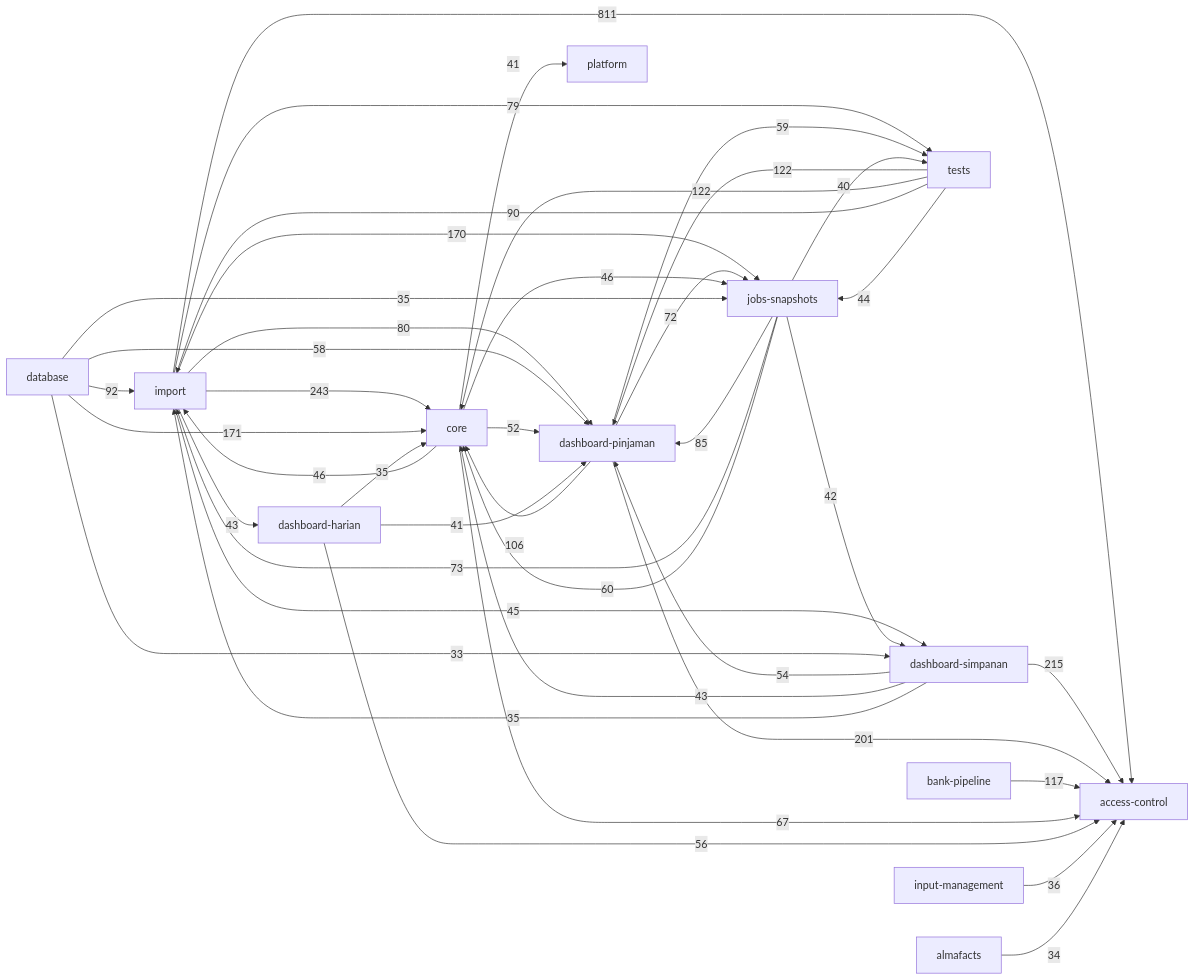
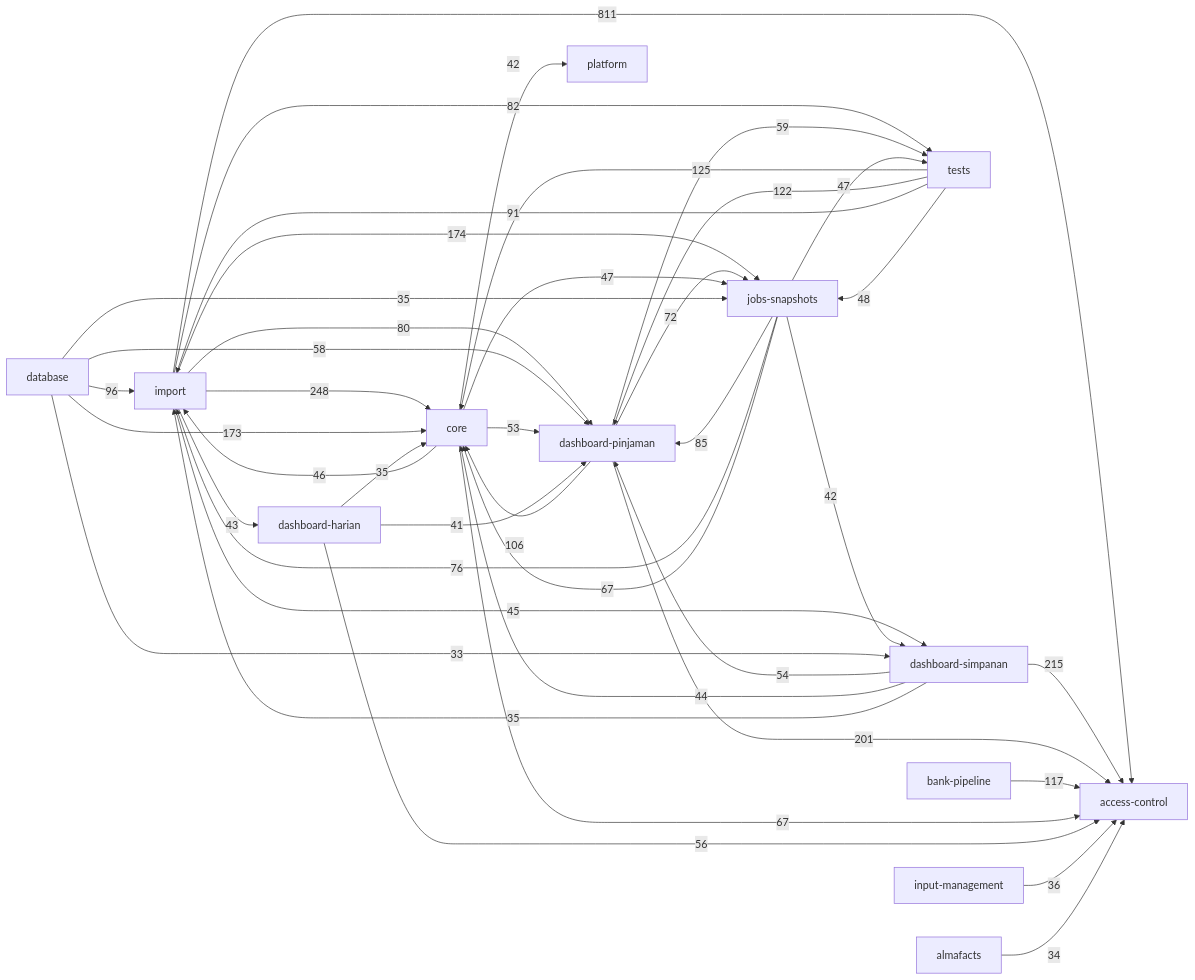
One commit to RizalloN/project-abah changed the diagram in docs/knowledge-graph/ARCHITECTURE.md. Above: the diagram before and after it, drawn with Mermaid. The commit also changed other lines of this file and 53 other files, not shown here.

````diff
--- a/docs/knowledge-graph/ARCHITECTURE.md
+++ b/docs/knowledge-graph/ARCHITECTURE.md
@@ -5,43 +5,43 @@
 ```mermaid
 flowchart LR
     d_d942f64886["import"] -->|811| d_c393a69167["access-control"]
-    d_d942f64886["import"] -->|243| d_0d45f5fd46["core"]
+    d_d942f64886["import"] -->|248| d_0d45f5fd46["core"]
     d_90026ec21f["dashboard-simpanan"] -->|215| d_c393a69167["access-control"]
     d_c1933689a3["dashboard-pinjaman"] -->|201| d_c393a69167["access-control"]
-    d_3549b0028b["database"] -->|171| d_0d45f5fd46["core"]
-    d_d942f64886["import"] -->|170| d_7c16aa6a77["jobs-snapshots"]
+    d_d942f64886["import"] -->|174| d_7c16aa6a77["jobs-snapshots"]
+    d_3549b0028b["database"] -->|173| d_0d45f5fd46["core"]
+    d_59830ebc3a["tests"] -->|125| d_0d45f5fd46["core"]
     d_59830ebc3a["tests"] -->|122| d_c1933689a3["dashboard-pinjaman"]
-    d_59830ebc3a["tests"] -->|122| d_0d45f5fd46["core"]
     d_39bcb775e4["bank-pipeline"] -->|117| d_c393a69167["access-control"]
     d_c1933689a3["dashboard-pinjaman"] -->|106| d_0d45f5fd46["core"]
-    d_3549b0028b["database"] -->|92| d_d942f64886["import"]
-    d_59830ebc3a["tests"] -->|90| d_d942f64886["import"]
+    d_3549b0028b["database"] -->|96| d_d942f64886["import"]
+    d_59830ebc3a["tests"] -->|91| d_d942f64886["import"]
     d_7c16aa6a77["jobs-snapshots"] -->|85| d_c1933689a3["dashboard-pinjaman"]
+    d_d942f64886["import"] -->|82| d_59830ebc3a["tests"]
     d_d942f64886["import"] -->|80| d_c1933689a3["dashboard-pinjaman"]
-    d_d942f64886["import"] -->|79| d_59830ebc3a["tests"]
-    d_7c16aa6a77["jobs-snapshots"] -->|73| d_d942f64886["import"]
+    d_7c16aa6a77["jobs-snapshots"] -->|76| d_d942f64886["import"]
     d_c1933689a3["dashboard-pinjaman"] -->|72| d_7c16aa6a77["jobs-snapshots"]
+    d_7c16aa6a77["jobs-snapshots"] -->|67| d_0d45f5fd46["core"]
     d_0d45f5fd46["core"] -->|67| d_c393a69167["access-control"]
-    d_7c16aa6a77["jobs-snapshots"] -->|60| d_0d45f5fd46["core"]
     d_c1933689a3["dashboard-pinjaman"] -->|59| d_59830ebc3a["tests"]
     d_3549b0028b["database"] -->|58| d_c1933689a3["dashboard-pinjaman"]
     d_a0a49fdd98["dashboard-harian"] -->|56| d_c393a69167["access-control"]
     d_90026ec21f["dashboard-simpanan"] -->|54| d_c1933689a3["dashboard-pinjaman"]
-    d_0d45f5fd46["core"] -->|52| d_c1933689a3["dashboard-pinjaman"]
-    d_0d45f5fd46["core"] -->|46| d_7c16aa6a77["jobs-snapshots"]
+    d_0d45f5fd46["core"] -->|53| d_c1933689a3["dashboard-pinjaman"]
+    d_59830ebc3a["tests"] -->|48| d_7c16aa6a77["jobs-snapshots"]
+    d_0d45f5fd46["core"] -->|47| d_7c16aa6a77["jobs-snapshots"]
+    d_7c16aa6a77["jobs-snapshots"] -->|47| d_59830ebc3a["tests"]
     d_0d45f5fd46["core"] -->|46| d_d942f64886["import"]
     d_d942f64886["import"] -->|45| d_90026ec21f["dashboard-simpanan"]
-    d_59830ebc3a["tests"] -->|44| d_7c16aa6a77["jobs-snapshots"]
-    d_90026ec21f["dashboard-simpanan"] -->|43| d_0d45f5fd46["core"]
+    d_90026ec21f["dashboard-simpanan"] -->|44| d_0d45f5fd46["core"]
     d_d942f64886["import"] -->|43| d_a0a49fdd98["dashboard-harian"]
+    d_0d45f5fd46["core"] -->|42| d_d294fcce0c["platform"]
     d_7c16aa6a77["jobs-snapshots"] -->|42| d_90026ec21f["dashboard-simpanan"]
-    d_0d45f5fd46["core"] -->|41| d_d294fcce0c["platform"]
     d_a0a49fdd98["dashboard-harian"] -->|41| d_c1933689a3["dashboard-pinjaman"]
-    d_7c16aa6a77["jobs-snapshots"] -->|40| d_59830ebc3a["tests"]
     d_b70a9d941d["input-management"] -->|36| d_c393a69167["access-control"]
     d_3549b0028b["database"] -->|35| d_7c16aa6a77["jobs-snapshots"]
     d_90026ec21f["dashboard-simpanan"] -->|35| d_d942f64886["import"]
     d_a0a49fdd98["dashboard-harian"] -->|35| d_0d45f5fd46["core"]
     d_b89824cc5a["almafacts"] -->|34| d_c393a69167["access-control"]
     d_3549b0028b["database"] -->|33| d_90026ec21f["dashboard-simpanan"]
 ```
````
